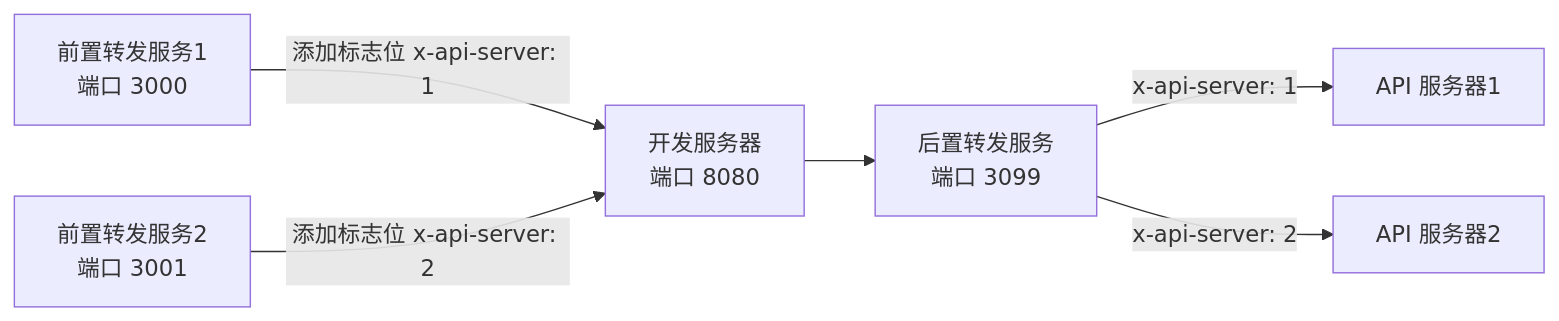
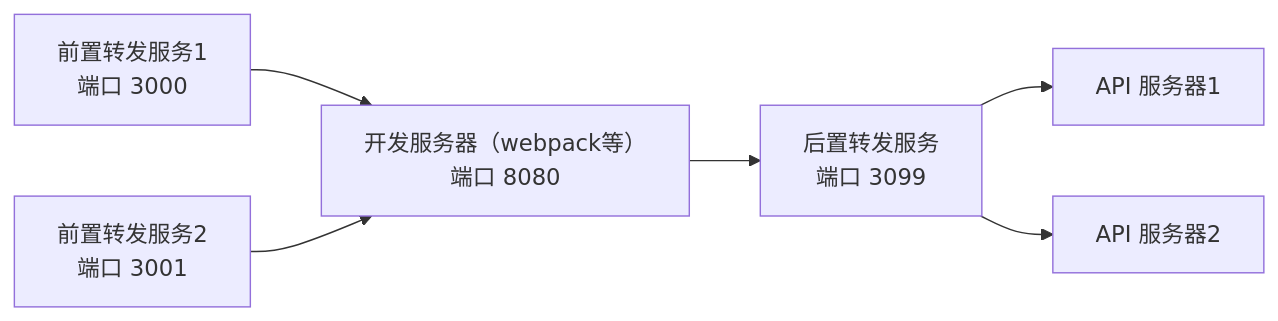
One commit to helloskynet/env-manage-plugin changed the diagram in readme.md. Above: the diagram before and after it, drawn with Mermaid. The commit also changed other lines of this file, not shown here.

````diff
--- a/readme.md
+++ b/readme.md
@@ -9,8 +9,8 @@
 ```mermaid
 graph LR
-    A[前置转发服务1<br>端口 3000] -->|添加标志位 x-api-server: 1| B[开发服务器<br>端口 8080]
-    C[前置转发服务2<br>端口 3001] -->|添加标志位 x-api-server: 2| B
+    A[前置转发服务1<br>端口 3000] --> B[开发服务器（webpack等）<br>端口 8080]
+    C[前置转发服务2<br>端口 3001] --> B
     B --> D[后置转发服务<br>端口 3099]
-    D -->|x-api-server: 1| E[API 服务器1]
-    D -->|x-api-server: 2| F[API 服务器2]
+    D --> E[API 服务器1]
+    D --> F[API 服务器2]
 ```
````
